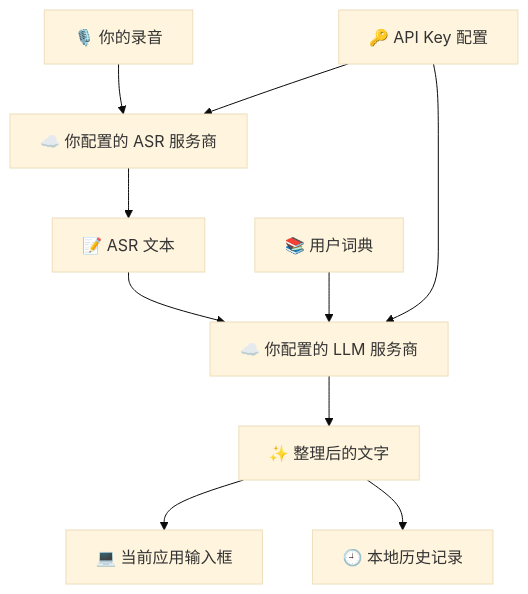
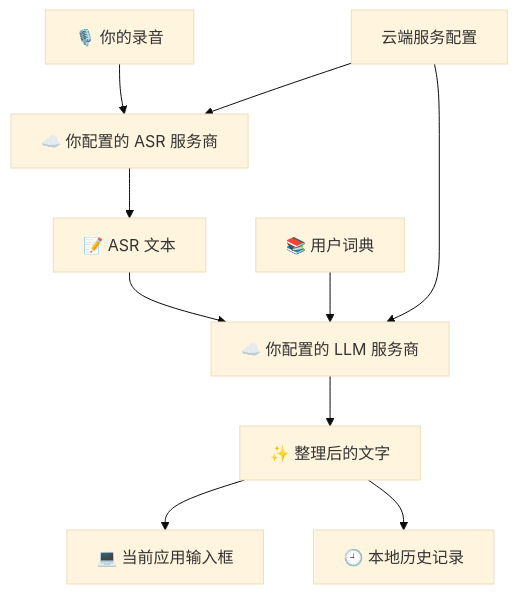
One commit to EthanYoQ/whisper-input changed the fourth of 5 diagrams in README.md. Above: the diagram before and after it, drawn with Mermaid (base theme). The commit also changed other lines of this file and 8 other files, not shown here.

````diff
--- a/README.md
+++ b/README.md
@@ -211,12 +233,12 @@
 ```mermaid
 flowchart TB
   A["🎙️ 你的录音"] --> B["☁️ 你配置的 ASR 服务商"]
   B --> C["📝 ASR 文本"]
   C --> D["☁️ 你配置的 LLM 服务商"]
   D --> E["✨ 整理后的文字"]
   E --> F["💻 当前应用输入框"]
   E --> G["🕘 本地历史记录"]
   H["📚 用户词典"] --> D
-  I["🔑 API Key 配置"] --> B
+  I["云端服务配置"] --> B
   I --> D
 ```
````
